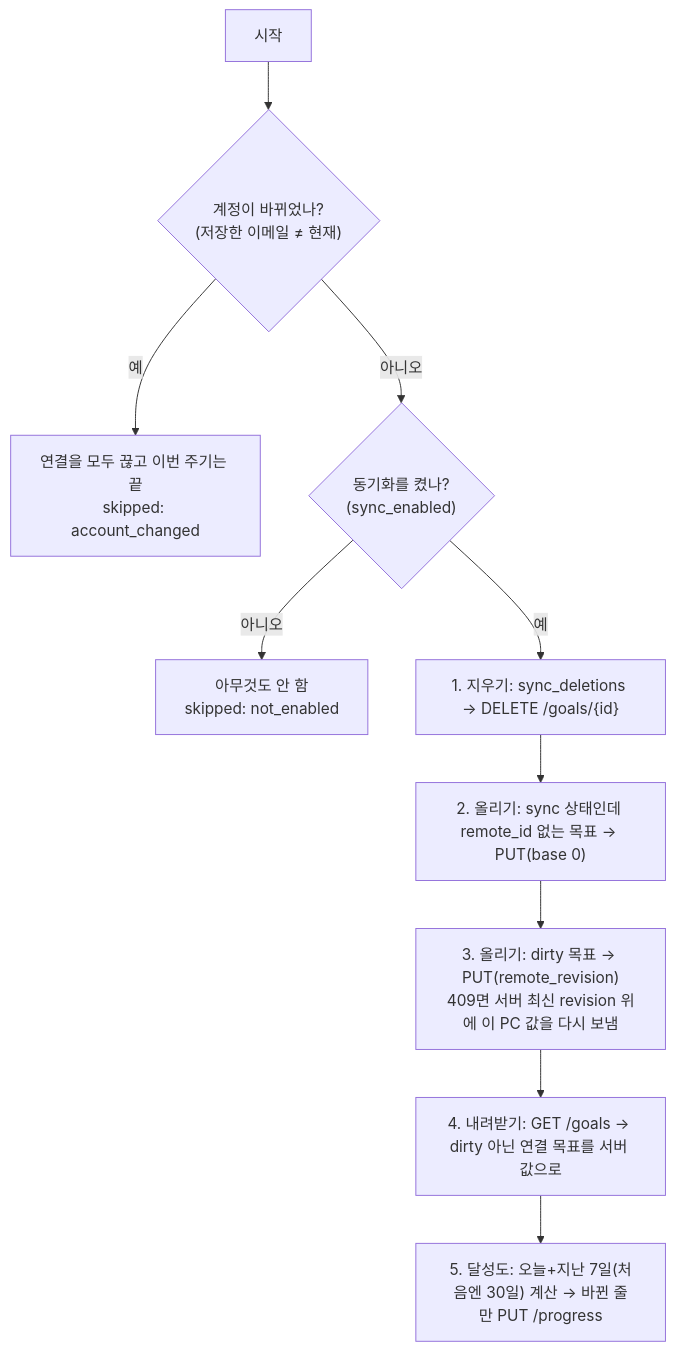
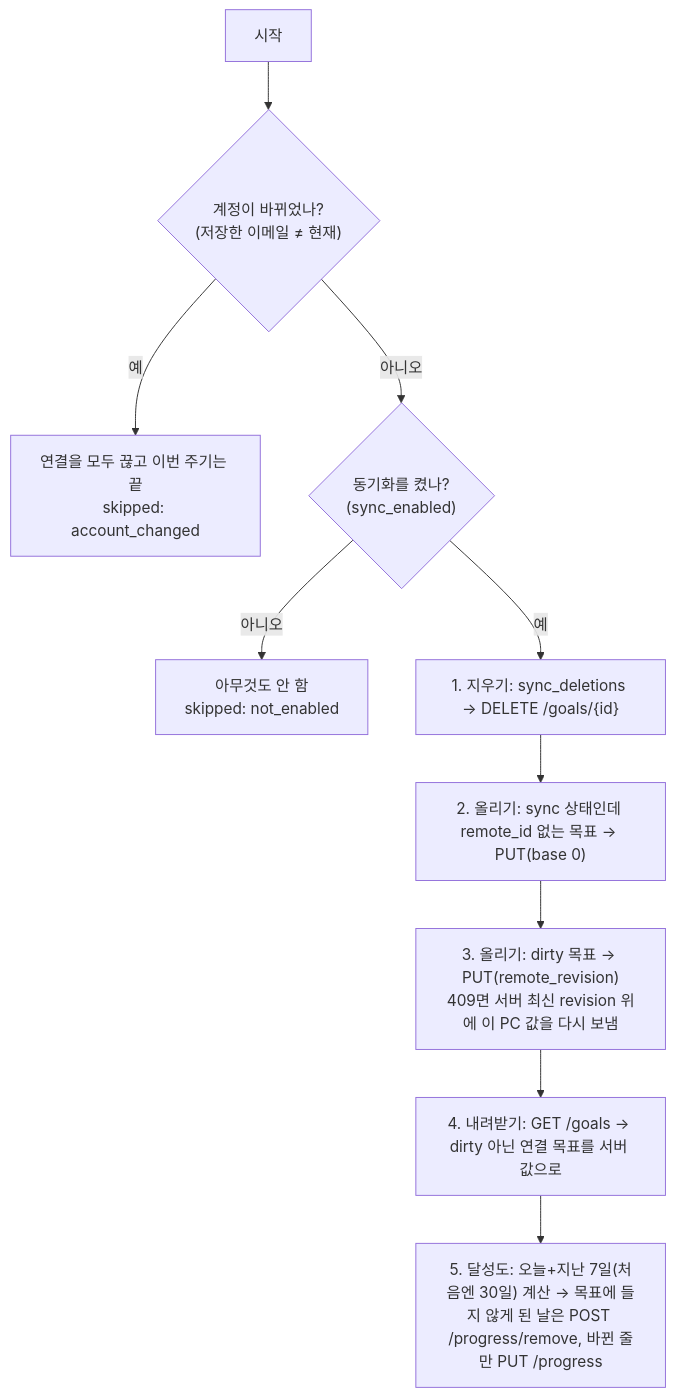
Before and after one commit to FlashingFuture/whatever-log: the fourth of 6 diagrams in docs/sync-client.md, drawn with Mermaid. The commit also changed other lines of this file and 32 other files, not shown here.

````diff
--- a/docs/sync-client.md
+++ b/docs/sync-client.md
@@ -142,12 +142,12 @@
 ```mermaid
 flowchart TD
   A["시작"] --> B{"계정이 바뀌었나?<br/>(저장한 이메일 ≠ 현재)"}
   B -->|예| X["연결을 모두 끊고 이번 주기는 끝<br/>skipped: account_changed"]
   B -->|아니오| C{"동기화를 켰나?<br/>(sync_enabled)"}
   C -->|아니오| Y["아무것도 안 함<br/>skipped: not_enabled"]
   C -->|예| D["1. 지우기: sync_deletions → DELETE /goals/{id}"]
   D --> E["2. 올리기: sync 상태인데 remote_id 없는 목표 → PUT(base 0)"]
   E --> F["3. 올리기: dirty 목표 → PUT(remote_revision)<br/>409면 서버 최신 revision 위에 이 PC 값을 다시 보냄"]
   F --> G["4. 내려받기: GET /goals → dirty 아닌 연결 목표를 서버 값으로"]
-  G --> H["5. 달성도: 오늘+지난 7일(처음엔 30일) 계산 → 바뀐 줄만 PUT /progress"]
+  G --> H["5. 달성도: 오늘+지난 7일(처음엔 30일) 계산 → 목표에 들지 않게 된 날은 POST /progress/remove, 바뀐 줄만 PUT /progress"]
 ```
````
